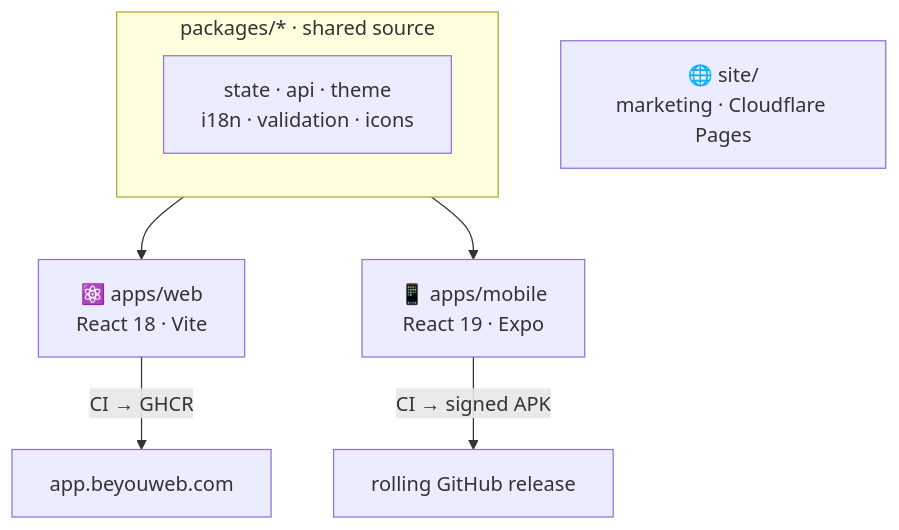
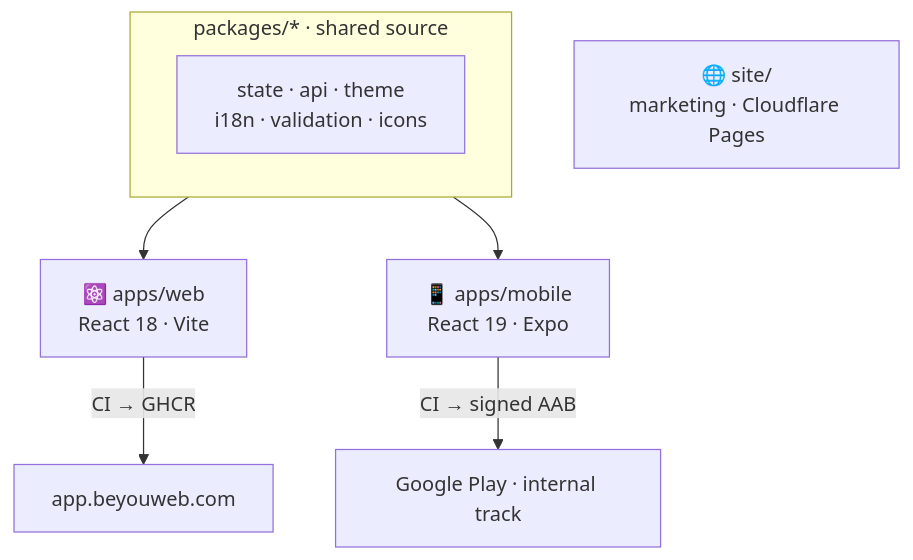
One commit to AndDev741/Beyou-arch-design changed the diagram in projects/beyou-frontend/diagram.mmd. Above: the diagram before and after it, drawn with Mermaid. The commit also changed 5 other files, not shown here.

First line of the commit message:
docs: the mobile app ships through the Play internal track

```diff
--- a/projects/beyou-frontend/diagram.mmd
+++ b/projects/beyou-frontend/diagram.mmd
@@ -1,9 +1,9 @@
 flowchart TD
   subgraph pkgs["packages/* · shared source"]
     ST["state · api · theme<br/>i18n · validation · icons"]
   end
   pkgs --> WEB["⚛️ apps/web<br/>React 18 · Vite"]
   pkgs --> MOB["📱 apps/mobile<br/>React 19 · Expo"]
   SITE["🌐 site/<br/>marketing · Cloudflare Pages"]
   WEB -->|"CI → GHCR"| PROD["app.beyouweb.com"]
-  MOB -->|"CI → signed APK"| REL["rolling GitHub release"]
+  MOB -->|"CI → signed AAB"| REL["Google Play · internal track"]
```
